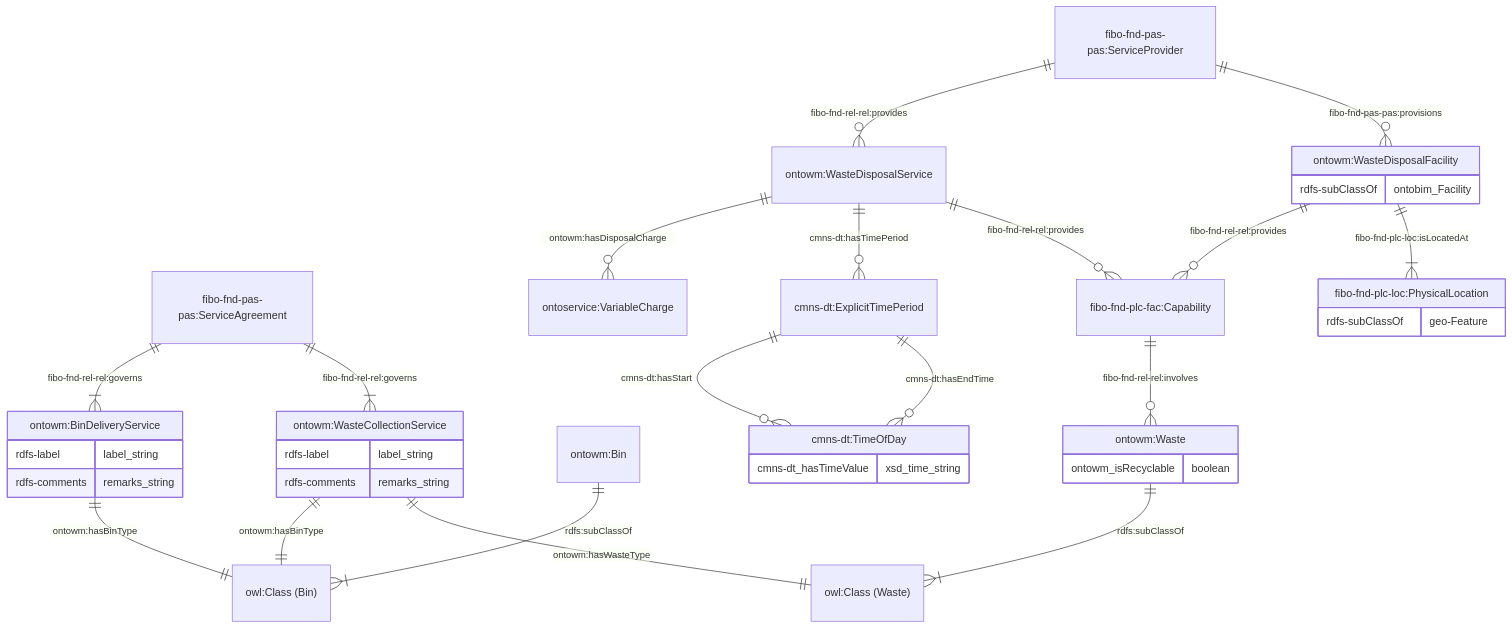
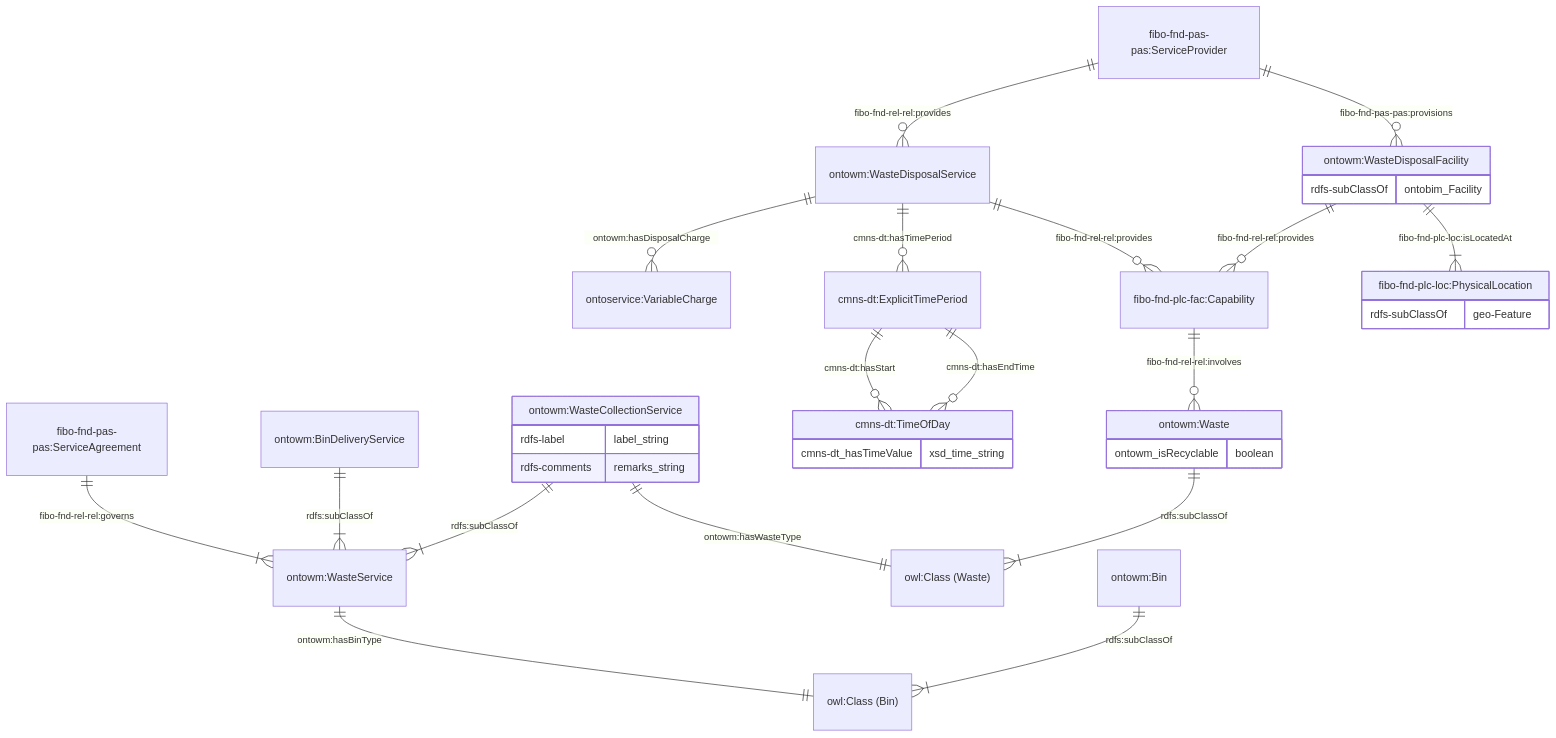
One commit to cambridge-cares/TheWorldAvatar changed the third of 11 diagrams in JPS_Ontology/ontology/ontowastemanagement/README.md. Above: the diagram before and after it, drawn with Mermaid. The commit also changed other lines of this file and 2 other files, not shown here.

Commit message:
dev-ontowastemanagement: collate waste services into a wasteservice concept

````diff
--- a/JPS_Ontology/ontology/ontowastemanagement/README.md
+++ b/JPS_Ontology/ontology/ontowastemanagement/README.md
@@ -161,44 +161,40 @@
 ```mermaid
     erDiagram
-    "fibo-fnd-pas-pas:ServiceAgreement" ||--|{ "ontowm:BinDeliveryService" : "fibo-fnd-rel-rel:governs"
-    "ontowm:BinDeliveryService" ||--|| "owl:Class (Bin)" : "ontowm:hasBinType"
-    "ontowm:BinDeliveryService" {
-        rdfs-label label_string
-        rdfs-comments remarks_string
-    }
+    "fibo-fnd-pas-pas:ServiceAgreement" ||--|{ "ontowm:WasteService" : "fibo-fnd-rel-rel:governs"
+    "ontowm:WasteService" ||--|| "owl:Class (Bin)" : "ontowm:hasBinType"
 
-    "fibo-fnd-pas-pas:ServiceAgreement" ||--|{ "ontowm:WasteCollectionService" : "fibo-fnd-rel-rel:governs"
-    "ontowm:WasteCollectionService" ||--|| "owl:Class (Bin)" : "ontowm:hasBinType"
+    "ontowm:BinDeliveryService" ||--|{ "ontowm:WasteService" : "rdfs:subClassOf"
+    "ontowm:WasteCollectionService" ||--|{ "ontowm:WasteService" : "rdfs:subClassOf"
     "ontowm:WasteCollectionService" ||--|| "owl:Class (Waste)" : "ontowm:hasWasteType"
     "ontowm:WasteCollectionService" {
         rdfs-label label_string
         rdfs-comments remarks_string
     }
     "ontowm:Bin" ||--|{ "owl:Class (Bin)" : "rdfs:subClassOf"
     "ontowm:Waste" ||--|{ "owl:Class (Waste)" : "rdfs:subClassOf"
 
     "fibo-fnd-pas-pas:ServiceProvider" ||--o{ "ontowm:WasteDisposalService" : "fibo-fnd-rel-rel:provides"
     "ontowm:WasteDisposalService" ||--o{ "ontoservice:VariableCharge" : "ontowm:hasDisposalCharge"
     "ontowm:WasteDisposalService" ||--o{ "cmns-dt:ExplicitTimePeriod" : "cmns-dt:hasTimePeriod"
     "cmns-dt:ExplicitTimePeriod" ||--o{ "cmns-dt:TimeOfDay" : "cmns-dt:hasStart"
     "cmns-dt:ExplicitTimePeriod" ||--o{ "cmns-dt:TimeOfDay" : "cmns-dt:hasEndTime"
     "cmns-dt:TimeOfDay" {
         cmns-dt_hasTimeValue xsd_time_string
     }
 
     "ontowm:WasteDisposalService" ||--o{ "fibo-fnd-plc-fac:Capability" : "fibo-fnd-rel-rel:provides"
     "fibo-fnd-plc-fac:Capability" ||--o{ "ontowm:Waste" : "fibo-fnd-rel-rel:involves"
     "ontowm:Waste" {
         ontowm_isRecyclable boolean
     }
 
     "fibo-fnd-pas-pas:ServiceProvider" ||--o{ "ontowm:WasteDisposalFacility" : "fibo-fnd-pas-pas:provisions"
     "ontowm:WasteDisposalFacility" ||--o{ "fibo-fnd-plc-fac:Capability" : "fibo-fnd-rel-rel:provides"
     "ontowm:WasteDisposalFacility" {
         rdfs-subClassOf ontobim_Facility
     }
     "ontowm:WasteDisposalFacility" ||--|{ "fibo-fnd-plc-loc:PhysicalLocation" : "fibo-fnd-plc-loc:isLocatedAt"
     "fibo-fnd-plc-loc:PhysicalLocation" {
         rdfs-subClassOf geo-Feature
     }
 ```
````
